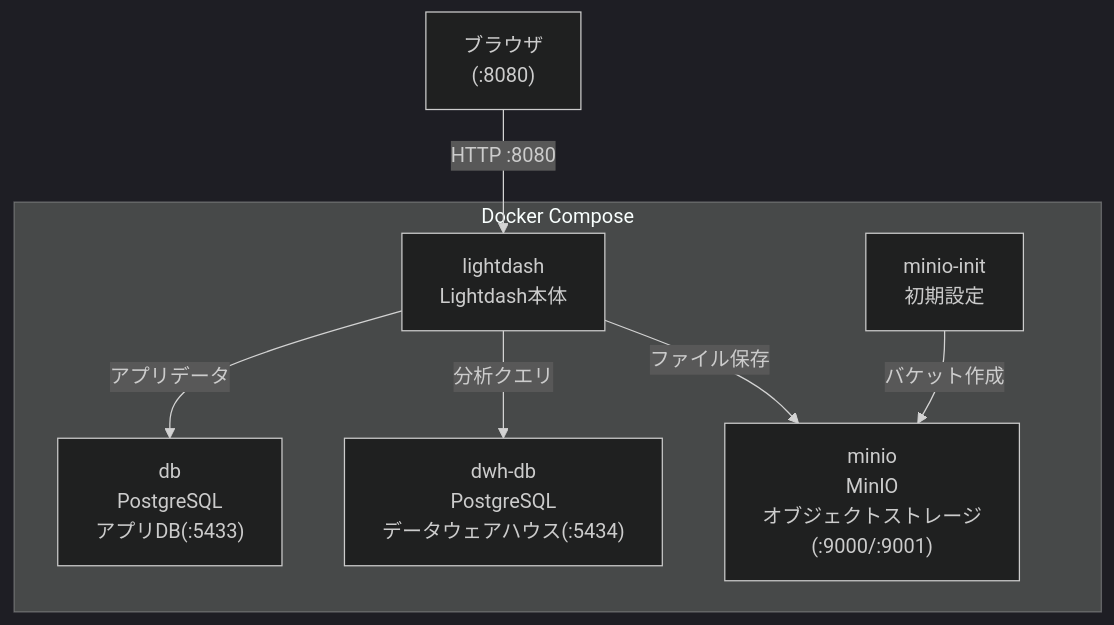
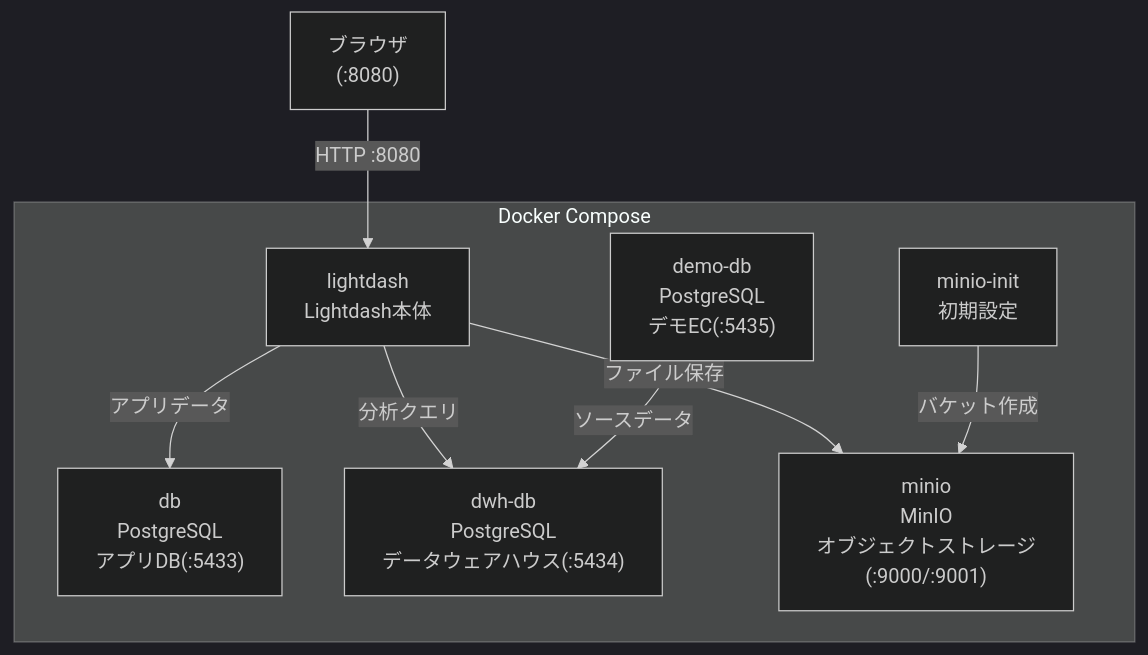
Before and after one commit to nakaken0629/techbookfest-20: the diagram in images/chapter01/architecture.mmd, drawn with Mermaid (dark theme). The commit also changed 1 other file, not shown here.

Commit message:
構成図にdemo-dbを追加
architecture.mmdにdemo-dbコンテナを追加し、PNGを再生成。
demo-dbからdwh-dbへのソースデータの流れも矢印で表示。

```diff
--- a/images/chapter01/architecture.mmd
+++ b/images/chapter01/architecture.mmd
@@ -1,16 +1,18 @@
 graph TB
     User["ブラウザ<br/>(:8080)"]
 
     subgraph compose["Docker Compose"]
         Lightdash["lightdash<br/>Lightdash本体"]
         DB["db<br/>PostgreSQL<br/>アプリDB(:5433)"]
         DWH["dwh-db<br/>PostgreSQL<br/>データウェアハウス(:5434)"]
+        DemoDB["demo-db<br/>PostgreSQL<br/>デモEC(:5435)"]
         MinIO["minio<br/>MinIO<br/>オブジェクトストレージ<br/>(:9000/:9001)"]
         MinIOInit["minio-init<br/>初期設定"]
     end
 
     User -->|"HTTP :8080"| Lightdash
     Lightdash -->|"アプリデータ"| DB
     Lightdash -->|"分析クエリ"| DWH
     Lightdash -->|"ファイル保存"| MinIO
     MinIOInit -->|"バケット作成"| MinIO
+    DemoDB -->|"ソースデータ"| DWH
```
